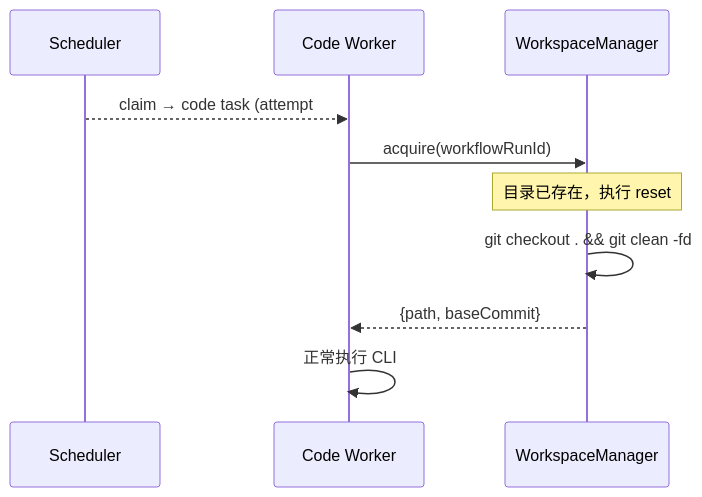
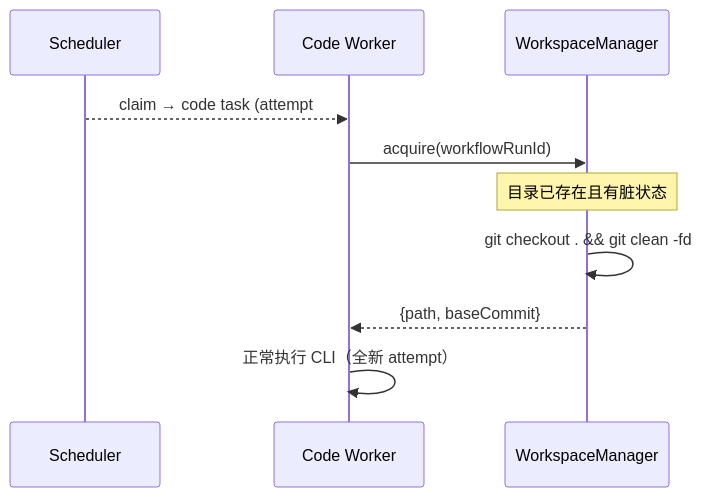
Before and after one commit to YoungerYang-Y/ai-sdlc-platform: the second of 2 diagrams in docs/active/phase2-real-worker/design.md, drawn with Mermaid. The commit also changed other lines of this file, not shown here.

````diff
--- a/docs/active/phase2-real-worker/design.md
+++ b/docs/active/phase2-real-worker/design.md
@@ -114,13 +139,13 @@
 ```mermaid
 sequenceDiagram
   participant S as Scheduler
   participant CW as Code Worker
   participant WM as WorkspaceManager
 
   S-->>CW: claim → code task (attempt #2)
   CW->>WM: acquire(workflowRunId)
-  Note over WM: 目录已存在，执行 reset
+  Note over WM: 目录已存在且有脏状态
   WM->>WM: git checkout . && git clean -fd
   WM-->>CW: {path, baseCommit}
-  CW->>CW: 正常执行 CLI
+  CW->>CW: 正常执行 CLI（全新 attempt）
 ```
````
